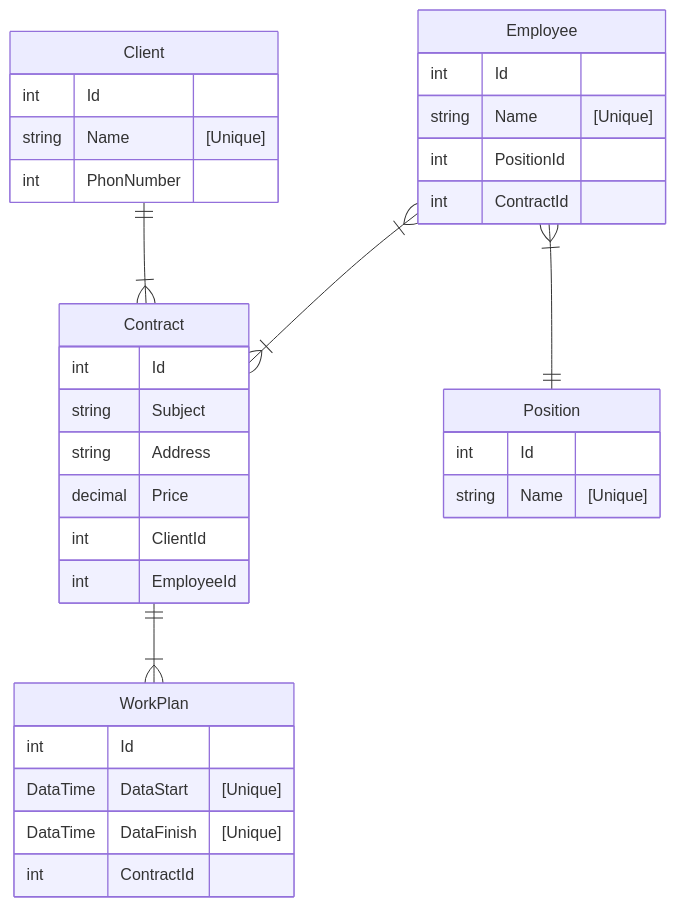
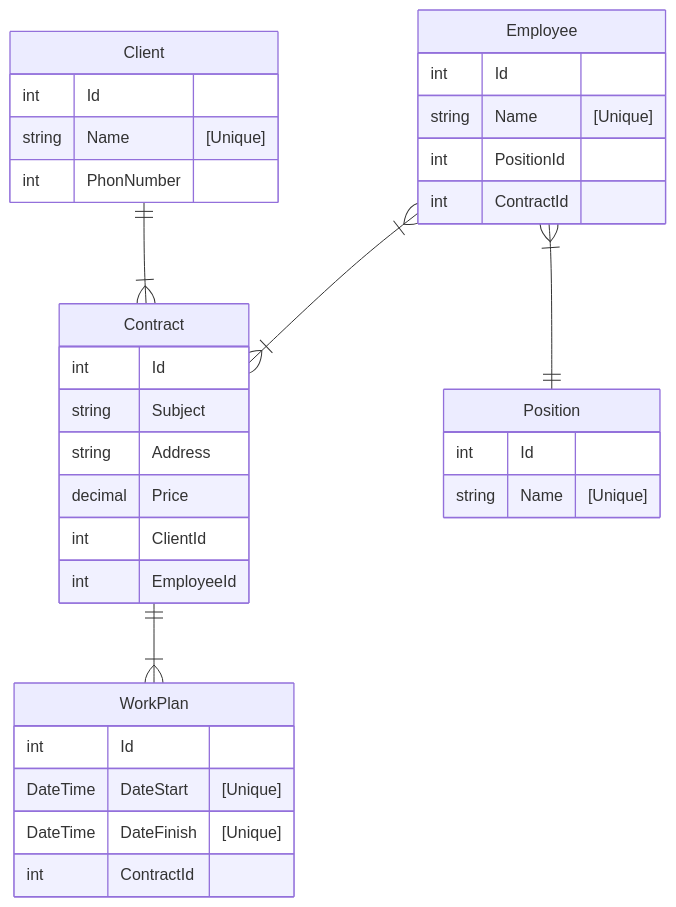
The diagram in README.md (KondratenkoDV/CRM), drawn with Mermaid before and after one commit.

````diff
--- a/README.md
+++ b/README.md
@@ -1,41 +1,41 @@
 ```mermaid
 erDiagram
   Employee }|--|{ Contract : ""
   Client ||--|{ Contract : ""
   Contract ||--|{ WorkPlan : ""
   Employee }|--|| Position : ""
   
   Employee{
       int Id
       string Name "[Unique]"
       int PositionId
       int ContractId
   }
 
   Client{
       int Id
       string Name "[Unique]"
       int PhonNumber
   }
 
   Contract{
       int Id
       string Subject
       string Address
       decimal Price
       int ClientId
       int EmployeeId
   }
 
   WorkPlan{
       int Id
-      DataTime DataStart "[Unique]"
-      DataTime DataFinish "[Unique]"
+      DateTime DateStart "[Unique]"
+      DateTime DateFinish "[Unique]"
       int ContractId
   }
   
   Position{
       int Id
       string Name "[Unique]"
   }
   ```
````
